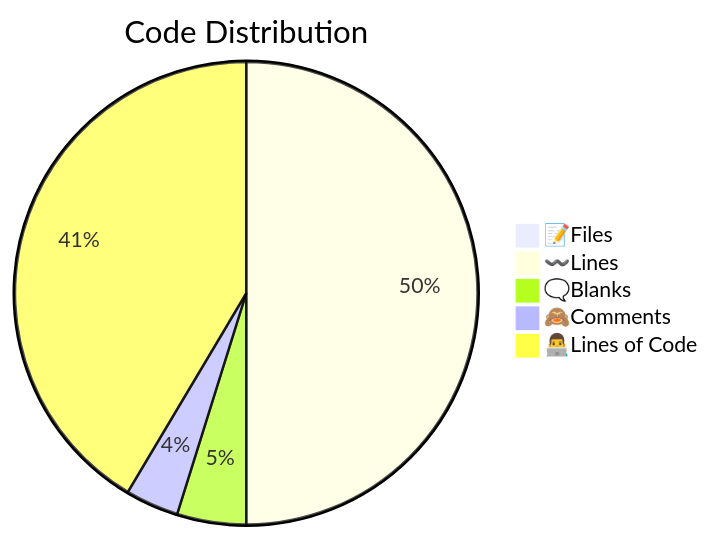
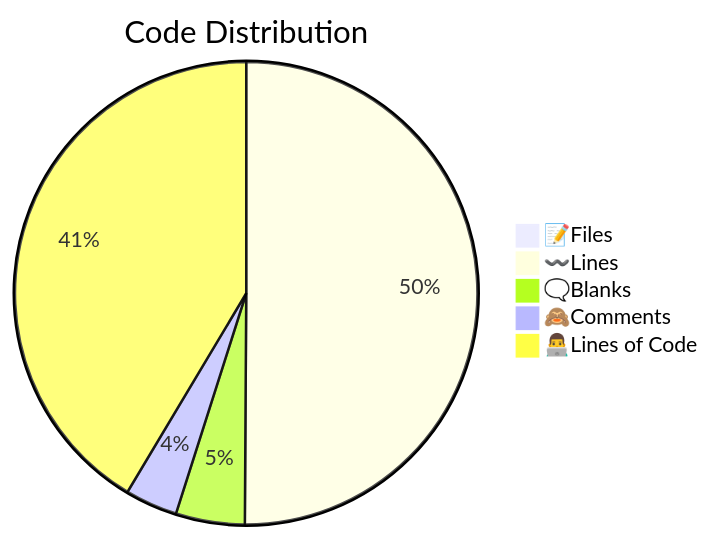
Before and after one commit to PyNetic/PyNetic: the second of 2 diagrams in .github/stats/Code Statistics.md, drawn with Mermaid. The commit also changed other lines of this file, not shown here.

````diff
--- a/.github/stats/Code Statistics.md
+++ b/.github/stats/Code Statistics.md
@@ -16,8 +22,8 @@
-```mermaid
-pie title Code Distribution
-    "📝Files" : 40
-    "〰️Lines" : 2602
-    "🗨️Blanks" : 251
-    "🙈Comments" : 194
-    "👨‍💻Lines of Code" : 2157
-```
+```mermaid  
+pie title Code Distribution  
+    "📝Files" : 4
+    "〰️Lines" : 260
+    "🗨️Blanks" : 25
+    "🙈Comments" : 19
+    "👨‍💻Lines of Code" : 215
+```  
````
